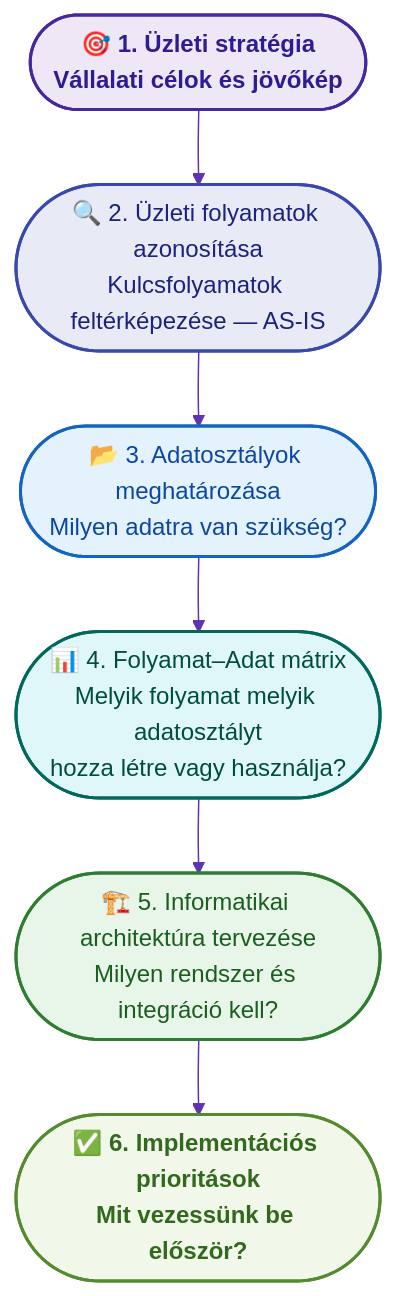
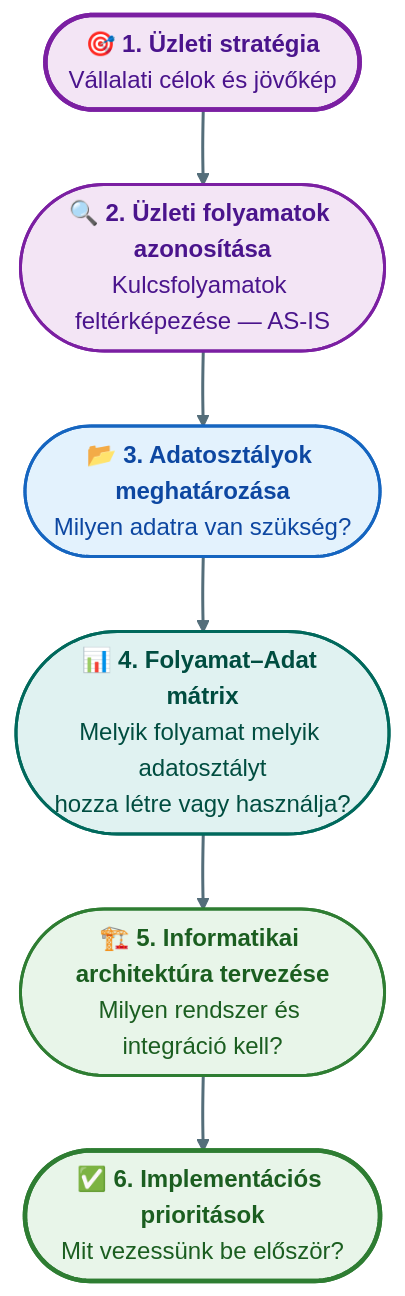
One commit to denespocsik/MM_BSC_Zarovizsga changed the third of 4 diagrams in Tételek/V15-GMXIV2MBLF-ERP projektmenedzsment és üzemeltetés.tétel.md. Above: the diagram before and after it, drawn with Mermaid. The commit also changed other lines of this file and 34 other files, not shown here.

First line of the commit message:
style(tételek): egységes vizuális arculat a Mermaid-diagramokhoz

````diff
--- a/Tételek/V15-GMXIV2MBLF-ERP projektmenedzsment és üzemeltetés.tétel.md
+++ b/Tételek/V15-GMXIV2MBLF-ERP projektmenedzsment és üzemeltetés.tétel.md
@@ -117,19 +122,20 @@
 ```mermaid
-%%{init: {'theme': 'base', 'themeVariables': {'primaryColor': '#EDE7F6', 'primaryBorderColor': '#4527A0', 'lineColor': '#5E35B1'}}}%%
 flowchart TD
-    classDef s1 fill:#EDE7F6,stroke:#4527A0,stroke-width:2px,color:#311B92,font-weight:bold
-    classDef s2 fill:#E8EAF6,stroke:#3949AB,stroke-width:2px,color:#1A237E
-    classDef s3 fill:#E3F2FD,stroke:#1565C0,stroke-width:2px,color:#0D47A1
-    classDef s4 fill:#E0F7FA,stroke:#00695C,stroke-width:2px,color:#004D40
-    classDef s5 fill:#E8F5E9,stroke:#2E7D32,stroke-width:2px,color:#1B5E20
-    classDef s6 fill:#F1F8E9,stroke:#558B2F,stroke-width:2px,color:#33691E,font-weight:bold
-
-    A(["🎯 1. Üzleti stratégia\nVállalati célok és jövőkép"]):::s1
-    B(["🔍 2. Üzleti folyamatok azonosítása\nKulcsfolyamatok feltérképezése — AS-IS"]):::s2
-    C(["📂 3. Adatosztályok meghatározása\nMilyen adatra van szükség?"]):::s3
-    D(["📊 4. Folyamat–Adat mátrix\nMelyik folyamat melyik adatosztályt\nhozza létre vagy használja?"]):::s4
-    E(["🏗️ 5. Informatikai architektúra tervezése\nMilyen rendszer és integráció kell?"]):::s5
-    F(["✅ 6. Implementációs prioritások\nMit vezessünk be először?"]):::s6
+    A(["🎯 <b>1. Üzleti stratégia</b><br/>Vállalati célok és jövőkép"]):::lilaH
+    B(["🔍 <b>2. Üzleti folyamatok azonosítása</b><br/>Kulcsfolyamatok feltérképezése — AS-IS"]):::lila
+    C(["📂 <b>3. Adatosztályok meghatározása</b><br/>Milyen adatra van szükség?"]):::kek
+    D(["📊 <b>4. Folyamat–Adat mátrix</b><br/>Melyik folyamat melyik adatosztályt<br/>hozza létre vagy használja?"]):::turkiz
+    E(["🏗️ <b>5. Informatikai architektúra tervezése</b><br/>Milyen rendszer és integráció kell?"]):::zold
+    F(["✅ <b>6. Implementációs prioritások</b><br/>Mit vezessünk be először?"]):::zoldH
 
     A --> B --> C --> D --> E --> F
+
+    classDef kek    fill:#e3f2fd,stroke:#1565c0,stroke-width:2px,color:#0d47a1,rx:10,ry:10;
+    classDef zold   fill:#e8f5e9,stroke:#2e7d32,stroke-width:2px,color:#1b5e20,rx:10,ry:10;
+    classDef zoldH  fill:#e8f5e9,stroke:#2e7d32,stroke-width:3px,color:#1b5e20,rx:10,ry:10;
+    classDef lila   fill:#f3e5f5,stroke:#7b1fa2,stroke-width:2px,color:#4a148c,rx:10,ry:10;
+    classDef lilaH  fill:#f3e5f5,stroke:#7b1fa2,stroke-width:3px,color:#4a148c,rx:10,ry:10;
+    classDef turkiz fill:#e0f2f1,stroke:#00695c,stroke-width:2px,color:#004d40,rx:10,ry:10;
+
+    linkStyle default stroke:#546e7a,stroke-width:2px;
 ```
````
